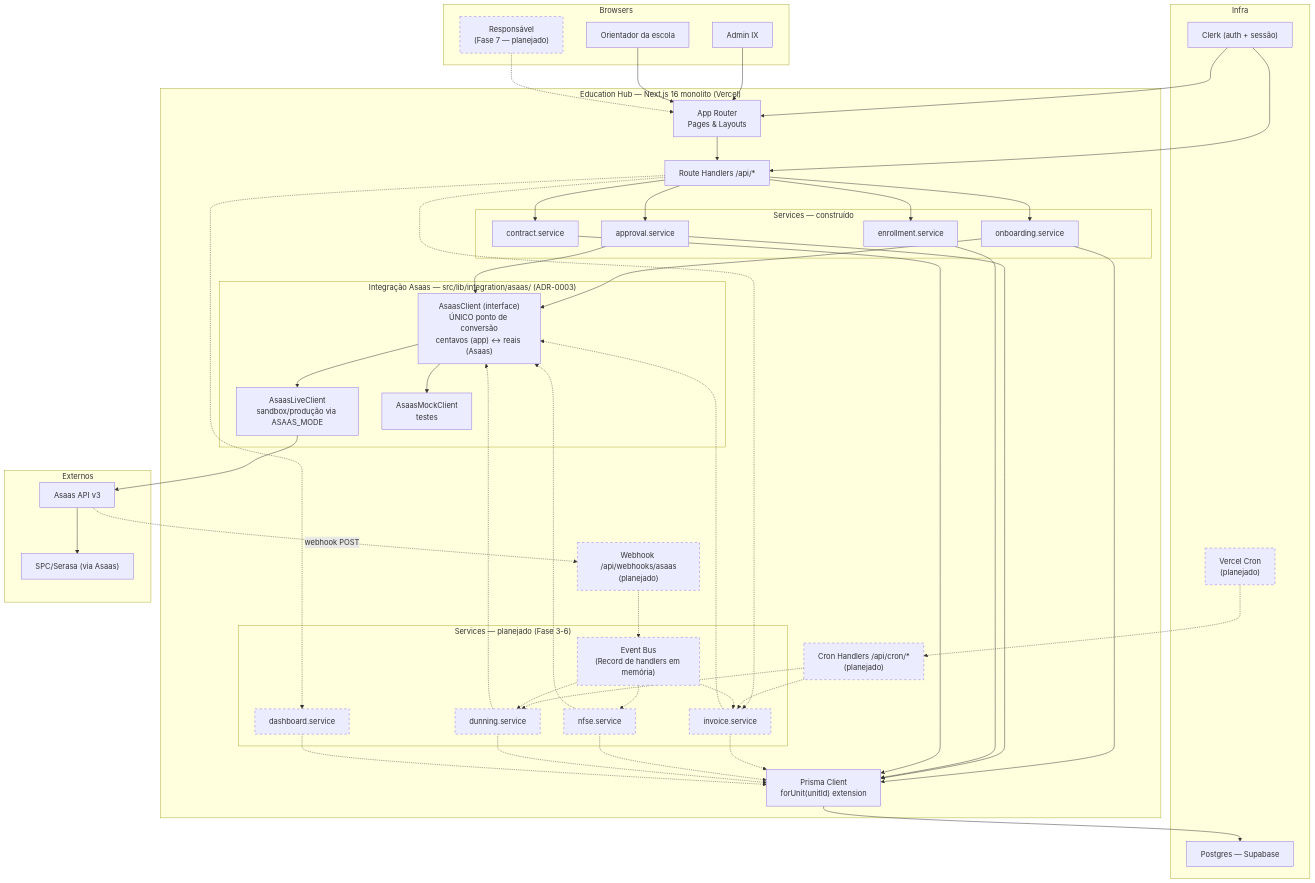
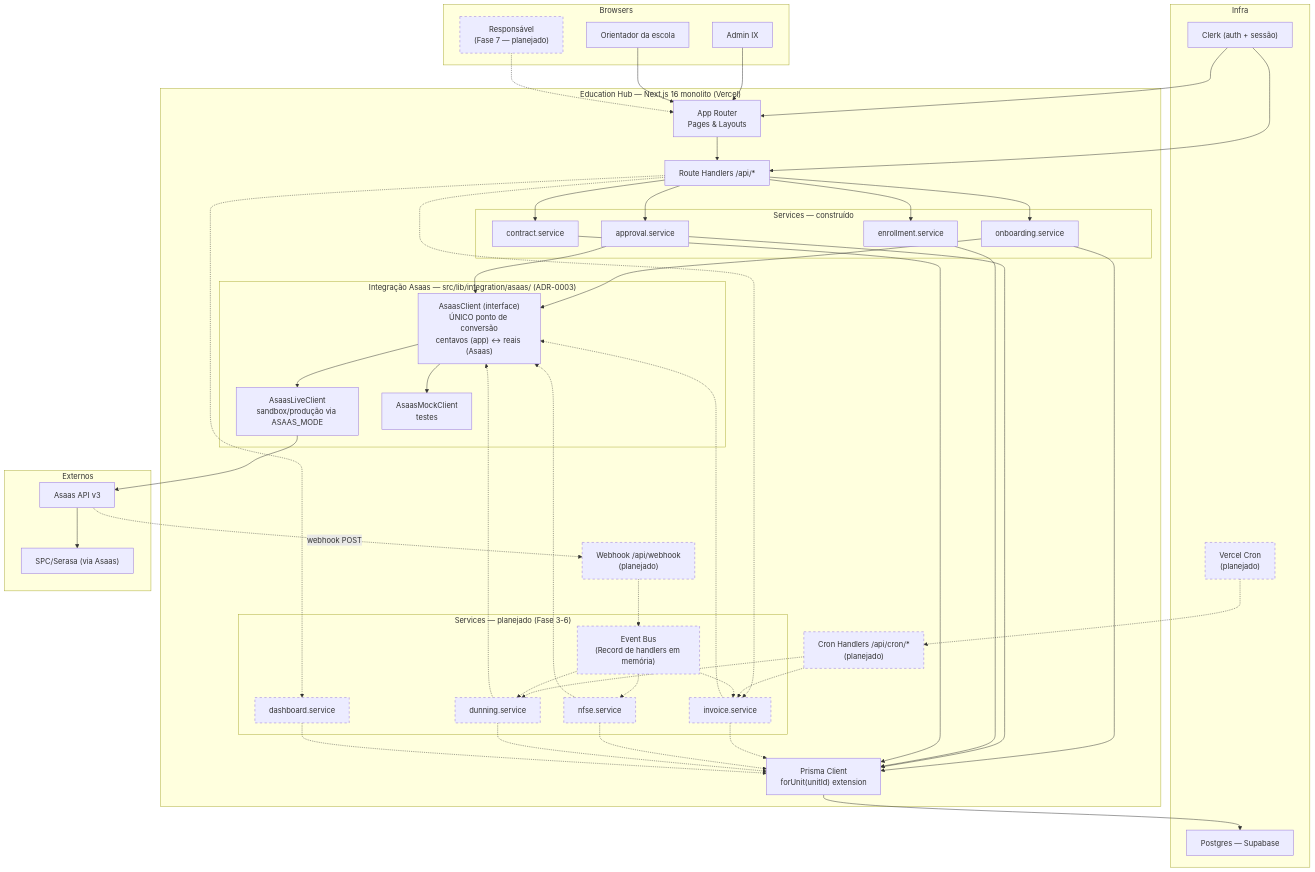
The first of 2 diagrams in docs/architecture/system-design-mvp.md (camillodev/education-x-mvp), drawn with Mermaid before and after one commit. The commit also changed other lines of this file and 1 other file, not shown here.

First line of the commit message:
docs(billing): corrige system-design-mvp e middleware pro contrato real do webhook

````diff
--- a/docs/architecture/system-design-mvp.md
+++ b/docs/architecture/system-design-mvp.md
@@ -31,74 +31,74 @@
 ```mermaid
 graph TB
     subgraph Browsers
         Admin["Admin IX"]
         Orient["Orientador da escola"]
         Guardian["Responsável<br/>(Fase 7 — planejado)"]
     end
 
     subgraph "Education Hub — Next.js 16 monolito (Vercel)"
         Pages["App Router<br/>Pages & Layouts"]
         API["Route Handlers /api/*"]
         Cron["Cron Handlers /api/cron/*<br/>(planejado)"]
-        Webhook["Webhook /api/webhooks/asaas<br/>(planejado)"]
+        Webhook["Webhook /api/webhook<br/>(planejado)"]
 
         subgraph "Services — construído"
             OnbSvc["onboarding.service"]
             ApprSvc["approval.service"]
             EnrSvc["enrollment.service"]
             ContrSvc["contract.service"]
         end
 
         subgraph "Services — planejado (Fase 3-6)"
             InvSvc["invoice.service"]
             NfseSvc["nfse.service"]
             DunSvc["dunning.service"]
             DashSvc["dashboard.service"]
             Bus["Event Bus<br/>(Record de handlers em memória)"]
         end
 
         subgraph "Integração Asaas — src/lib/integration/asaas/ (ADR-0003)"
             AsaasClient["AsaasClient (interface)<br/>ÚNICO ponto de conversão<br/>centavos (app) ↔ reais (Asaas)"]
             AsaasLive["AsaasLiveClient<br/>sandbox/produção via ASAAS_MODE"]
             AsaasMock["AsaasMockClient<br/>testes"]
         end
 
         DB["Prisma Client<br/>forUnit(unitId) extension"]
     end
 
     subgraph Infra
         Clerk["Clerk (auth + sessão)"]
         PG["Postgres — Supabase"]
         VCron["Vercel Cron<br/>(planejado)"]
     end
 
     subgraph Externos
         Asaas["Asaas API v3"]
         SPC["SPC/Serasa (via Asaas)"]
     end
 
     Admin & Orient --> Pages
     Guardian -.-> Pages
     Pages --> API
     API --> OnbSvc & ApprSvc & EnrSvc & ContrSvc
     API -.-> InvSvc & DashSvc
     Cron -.-> InvSvc & DunSvc
     Webhook -.-> Bus
     Bus -.-> InvSvc & NfseSvc & DunSvc
     OnbSvc & ApprSvc & EnrSvc & ContrSvc --> DB
     InvSvc & NfseSvc & DunSvc & DashSvc -.-> DB
     OnbSvc & ApprSvc --> AsaasClient
     InvSvc -.-> AsaasClient
     NfseSvc -.-> AsaasClient
     DunSvc -.-> AsaasClient
     AsaasClient --> AsaasLive & AsaasMock
     AsaasLive --> Asaas
     Asaas --> SPC
     Clerk --> Pages & API
     DB --> PG
     VCron -.-> Cron
     Asaas -. "webhook POST" .-> Webhook
 
     classDef planned stroke-dasharray: 5 5
     class Guardian,Cron,Webhook,InvSvc,NfseSvc,DunSvc,DashSvc,Bus,VCron planned
 ```
````
